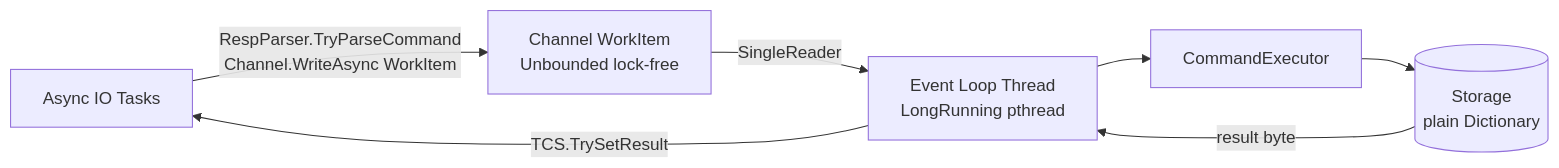
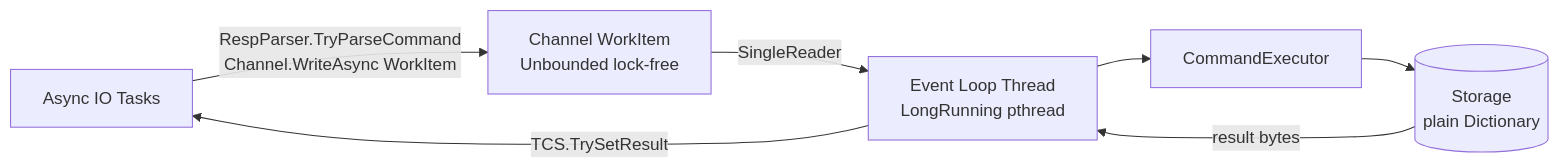
The second of 6 diagrams in README.md (ductai202/redis_build), drawn with Mermaid before and after one commit. The commit also changed other lines of this file and 23 other files, not shown here.

First line of the commit message:
feat: restore deleted test projects and update docs with architecture references

````diff
--- a/README.md
+++ b/README.md
@@ -65,10 +67,10 @@
 ```mermaid
 flowchart LR
     IH["Async IO Tasks"]
     -->|"RespParser.TryParseCommand\nChannel.WriteAsync WorkItem"| CH["Channel WorkItem\nUnbounded lock-free"]
     CH -->|SingleReader| EL["Event Loop Thread\nLongRunning pthread"]
     EL --> CE[CommandExecutor]
     CE --> ST[("Storage\nplain Dictionary")]
-    ST -->|result byte| EL
+    ST -->|result bytes| EL
     EL -->|"TCS.TrySetResult"| IH
 ```
````
